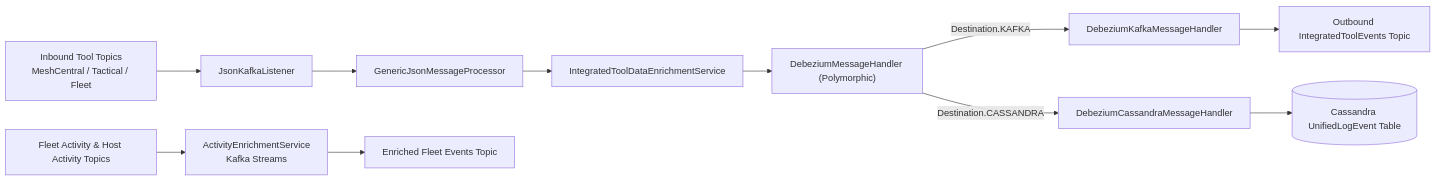
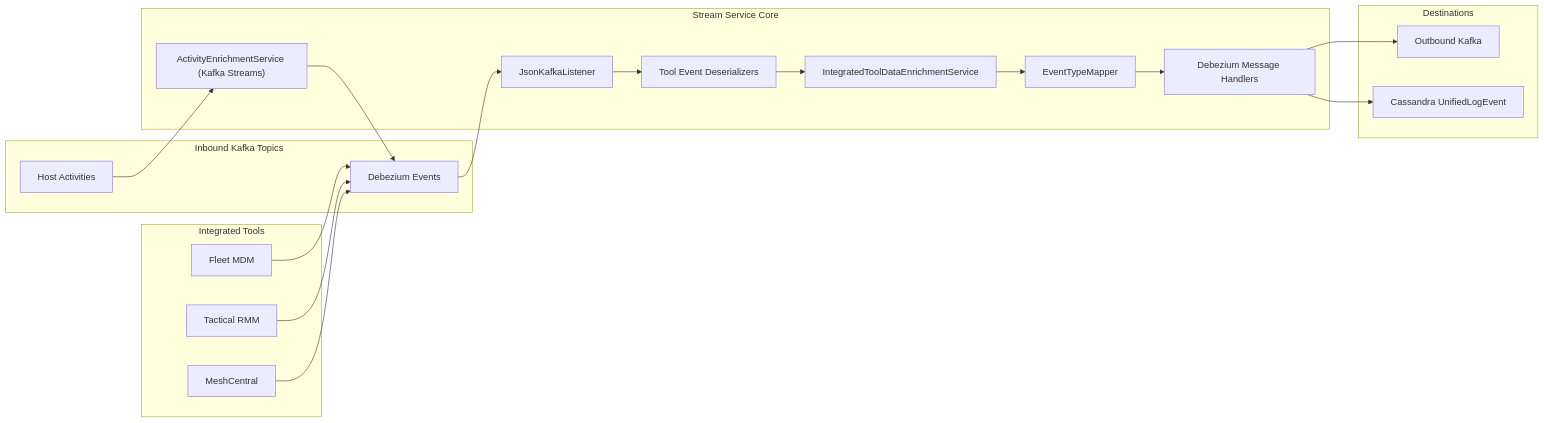
One commit to Praesto-Pro/openframe-oss-tenant changed the first of 6 diagrams in docs/architecture/stream-service-core/stream-service-core.md. Above: the diagram before and after it, drawn with Mermaid. The commit also changed other lines of this file and 214 other files, not shown here.

````diff
--- a/docs/architecture/stream-service-core/stream-service-core.md
+++ b/docs/architecture/stream-service-core/stream-service-core.md
@@ -22,16 +23,43 @@
 ```mermaid
 flowchart LR
-    InboundTopics["Inbound Tool Topics<br/>MeshCentral / Tactical / Fleet"] --> JsonListener["JsonKafkaListener"]
-    JsonListener --> Processor["GenericJsonMessageProcessor"]
-    Processor --> Enrichment["IntegratedToolDataEnrichmentService"]
-    Enrichment --> HandlerRouter["DebeziumMessageHandler (Polymorphic)"]
+    subgraph integrated_tools["Integrated Tools"]
+        Fleet["Fleet MDM"]
+        Tactical["Tactical RMM"]
+        Mesh["MeshCentral"]
+    end
 
-    HandlerRouter -->|"Destination.KAFKA"| KafkaHandler["DebeziumKafkaMessageHandler"]
-    HandlerRouter -->|"Destination.CASSANDRA"| CassandraHandler["DebeziumCassandraMessageHandler"]
+    subgraph kafka_inbound["Inbound Kafka Topics"]
+        InboundEvents["Debezium Events"]
+        HostActivities["Host Activities"]
+    end
 
-    KafkaHandler --> OutboundTopic["Outbound IntegratedToolEvents Topic"]
-    CassandraHandler --> CassandraDB[("Cassandra UnifiedLogEvent Table")]
+    subgraph stream_core["Stream Service Core"]
+        Listener["JsonKafkaListener"]
+        Deserializers["Tool Event Deserializers"]
+        Enrichment["IntegratedToolDataEnrichmentService"]
+        Mapper["EventTypeMapper"]
+        Handlers["Debezium Message Handlers"]
+        Streams["ActivityEnrichmentService (Kafka Streams)"]
+    end
 
-    FleetActivityTopics["Fleet Activity & Host Activity Topics"] --> Streams["ActivityEnrichmentService<br/>Kafka Streams"]
-    Streams --> EnrichedFleetTopic["Enriched Fleet Events Topic"]
+    subgraph destinations["Destinations"]
+        KafkaOut["Outbound Kafka"]
+        Cassandra["Cassandra UnifiedLogEvent"]
+    end
+
+    Fleet --> InboundEvents
+    Tactical --> InboundEvents
+    Mesh --> InboundEvents
+
+    InboundEvents --> Listener
+    Listener --> Deserializers
+    Deserializers --> Enrichment
+    Enrichment --> Mapper
+    Mapper --> Handlers
+
+    Handlers --> KafkaOut
+    Handlers --> Cassandra
+
+    HostActivities --> Streams
+    Streams --> InboundEvents
 ```
````
